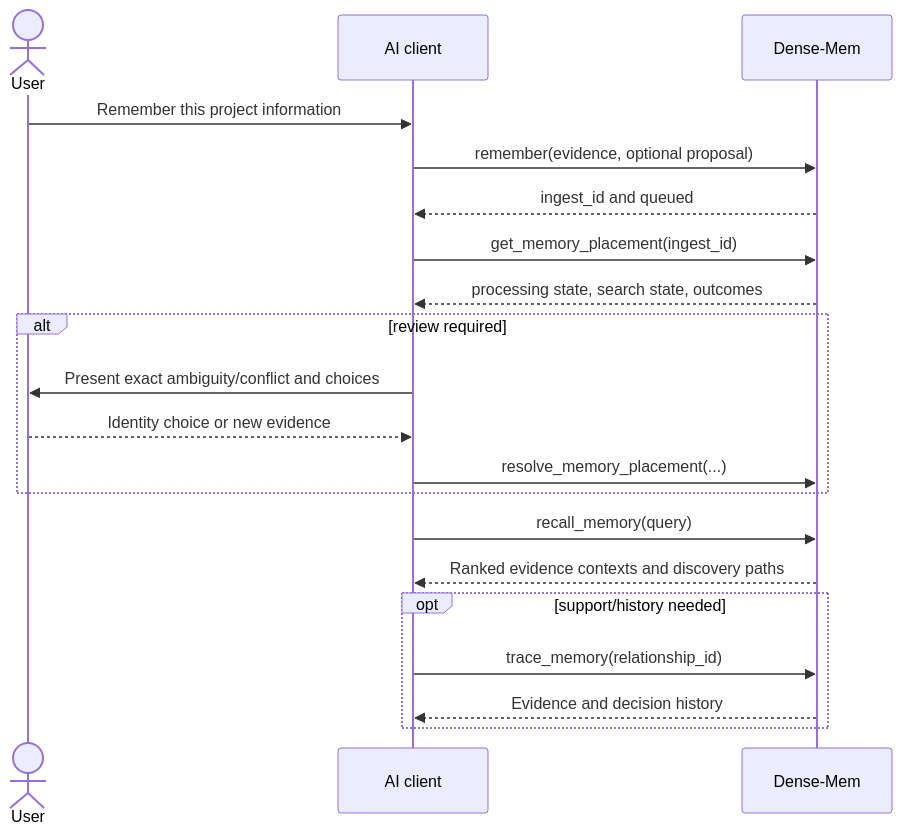
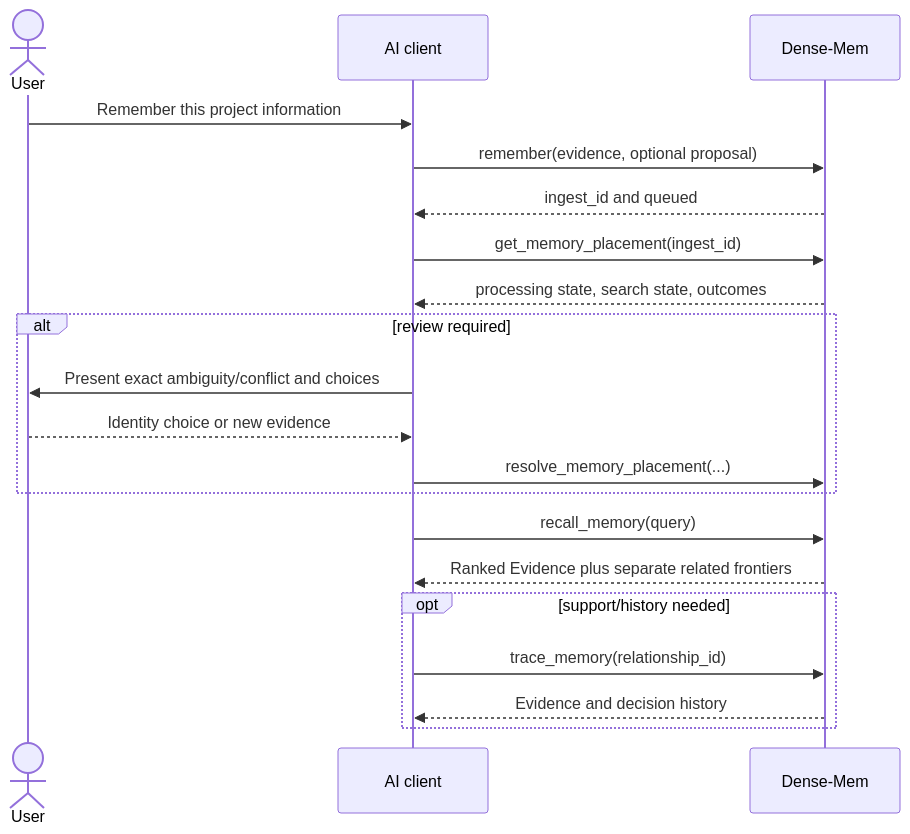
Before and after one commit to markhuangai/dense-mem: the diagram in Using-Dense-Mem.md, drawn with Mermaid. The commit also changed other lines of this file and 27 other files, not shown here.

Commit message:
Document tier-free Relationship architecture

````diff
--- a/Using-Dense-Mem.md
+++ b/Using-Dense-Mem.md
@@ -13,24 +13,24 @@
 ```mermaid
 %%{init: {"sequence": {"rightAngles": true}}}%%
 sequenceDiagram
   actor User
   participant Host as AI client
   participant DM as Dense-Mem
 
   User->>Host: Remember this project information
   Host->>DM: remember(evidence, optional proposal)
   DM-->>Host: ingest_id and queued
   Host->>DM: get_memory_placement(ingest_id)
   DM-->>Host: processing state, search state, outcomes
   alt review required
     Host->>User: Present exact ambiguity/conflict and choices
     User-->>Host: Identity choice or new evidence
     Host->>DM: resolve_memory_placement(...)
   end
   Host->>DM: recall_memory(query)
-  DM-->>Host: Ranked evidence contexts and discovery paths
+  DM-->>Host: Ranked Evidence plus separate related frontiers
   opt support/history needed
     Host->>DM: trace_memory(relationship_id)
     DM-->>Host: Evidence and decision history
   end
 ```
````
